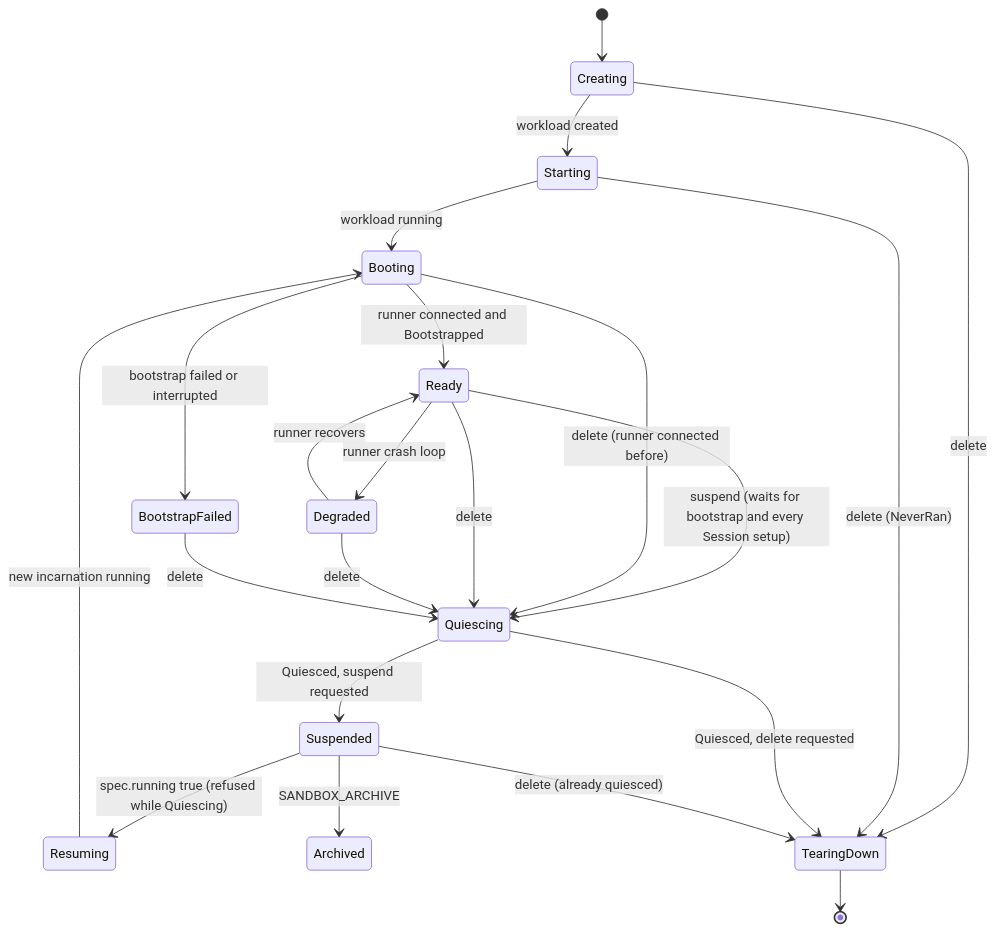
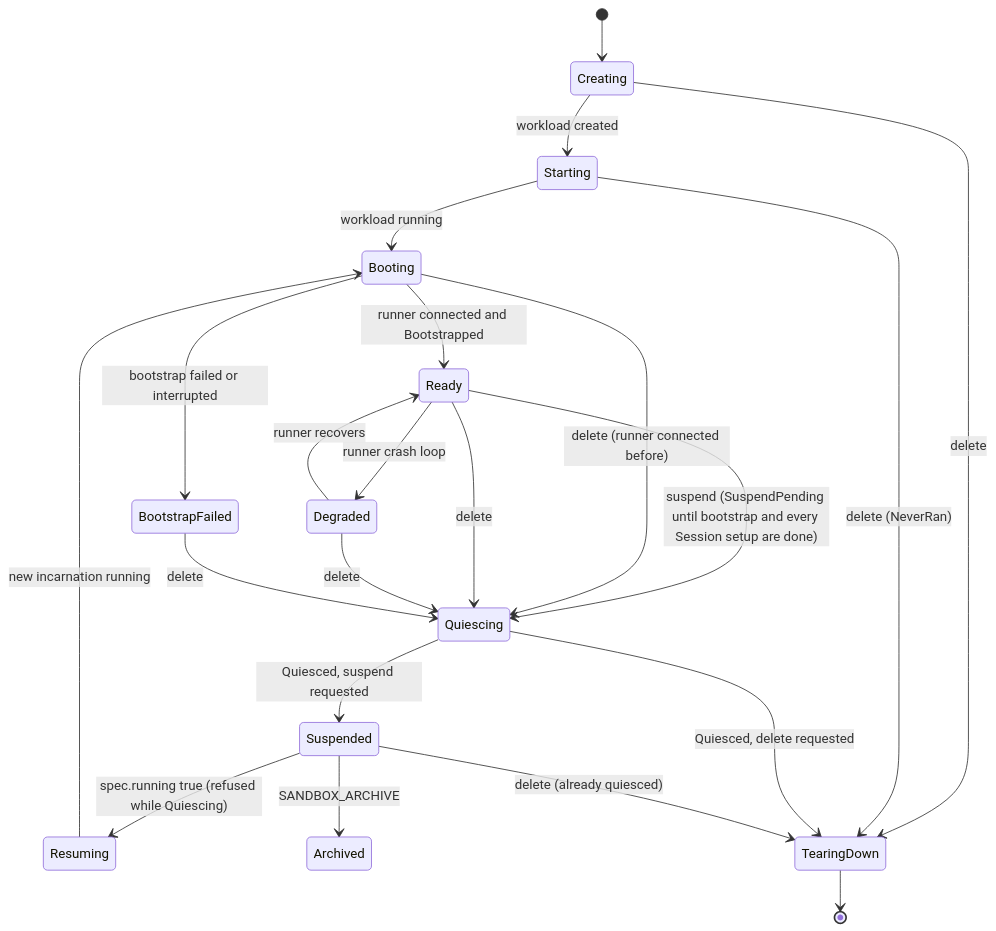
One commit to agentydragon/ducktape changed the third of 5 diagrams in agentplane/docs/adr_sandbox_session_control.md. Above: the diagram before and after it, drawn with Mermaid. The commit also changed other lines of this file, not shown here.

First line of the commit message:
ADR: rulings on second review (Quiesce rollout, SuspendPending, resume invariant, OpenSession, refusal codes, Interrupt/Stop) and heartbeat follow-ups

````diff
--- a/agentplane/docs/adr_sandbox_session_control.md
+++ b/agentplane/docs/adr_sandbox_session_control.md
@@ -516,24 +573,24 @@
 ```mermaid
 stateDiagram-v2
     [*] --> Creating
     Creating --> Starting: workload created
     Starting --> Booting: workload running
     Booting --> Ready: runner connected and Bootstrapped
     Booting --> BootstrapFailed: bootstrap failed or interrupted
-    Ready --> Quiescing: suspend (waits for bootstrap and every Session setup)
+    Ready --> Quiescing: suspend (SuspendPending until bootstrap and every Session setup are done)
     Ready --> Degraded: runner crash loop
     Degraded --> Ready: runner recovers
     Quiescing --> Suspended: Quiesced, suspend requested
     Suspended --> Resuming: spec.running true (refused while Quiescing)
     Resuming --> Booting: new incarnation running
     Suspended --> Archived: SANDBOX_ARCHIVE
     Creating --> TearingDown: delete
     Starting --> TearingDown: delete (NeverRan)
     Booting --> Quiescing: delete (runner connected before)
     Ready --> Quiescing: delete
     Degraded --> Quiescing: delete
     BootstrapFailed --> Quiescing: delete
     Quiescing --> TearingDown: Quiesced, delete requested
     Suspended --> TearingDown: delete (already quiesced)
     TearingDown --> [*]
 ```
````
